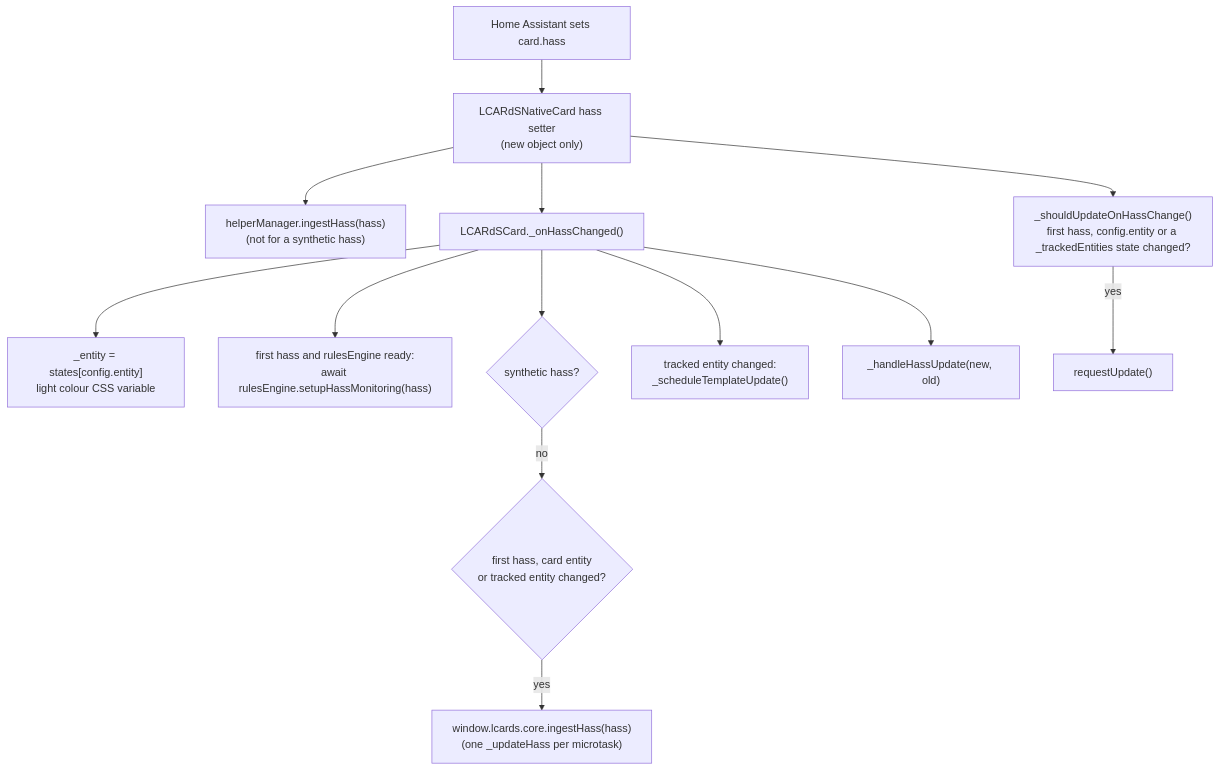
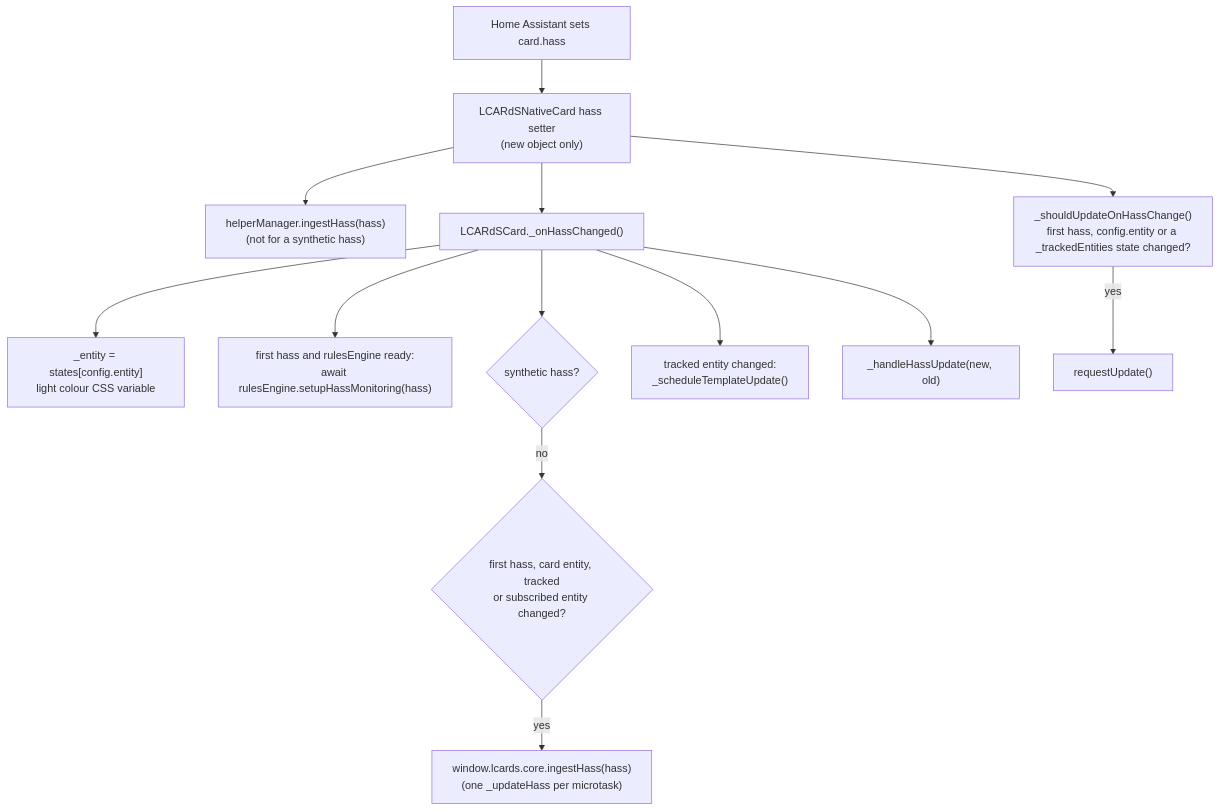
The third of 4 diagrams in doc/architecture/cards/lcards-card-foundation.md (snootched/lcards), drawn with Mermaid before and after one commit. The commit also changed other lines of this file and 92 other files, not shown here.

````diff
--- a/doc/architecture/cards/lcards-card-foundation.md
+++ b/doc/architecture/cards/lcards-card-foundation.md
@@ -160,15 +160,15 @@
 ```mermaid
 flowchart TD
     HA["Home Assistant sets card.hass"] --> Setter["LCARdSNativeCard hass setter<br/>(new object only)"]
     Setter --> HM["helperManager.ingestHass(hass)<br/>(not for a synthetic hass)"]
     Setter --> Should["_shouldUpdateOnHassChange()<br/>first hass, config.entity or a _trackedEntities state changed?"]
     Setter --> OnHass["LCARdSCard._onHassChanged()"]
     OnHass --> Ent["_entity = states[config.entity]<br/>light colour CSS variable"]
     OnHass --> Mon["first hass and rulesEngine ready:<br/>await rulesEngine.setupHassMonitoring(hass)"]
     OnHass --> Gate{"synthetic hass?"}
-    Gate -- no --> Gate2{"first hass, card entity<br/>or tracked entity changed?"}
+    Gate -- no --> Gate2{"first hass, card entity, tracked<br/>or subscribed entity changed?"}
     Gate2 -- yes --> Ingest["window.lcards.core.ingestHass(hass)<br/>(one _updateHass per microtask)"]
     OnHass --> Tpl["tracked entity changed:<br/>_scheduleTemplateUpdate()"]
     OnHass --> Sub["_handleHassUpdate(new, old)"]
     Should -- yes --> RU["requestUpdate()"]
 ```
````
